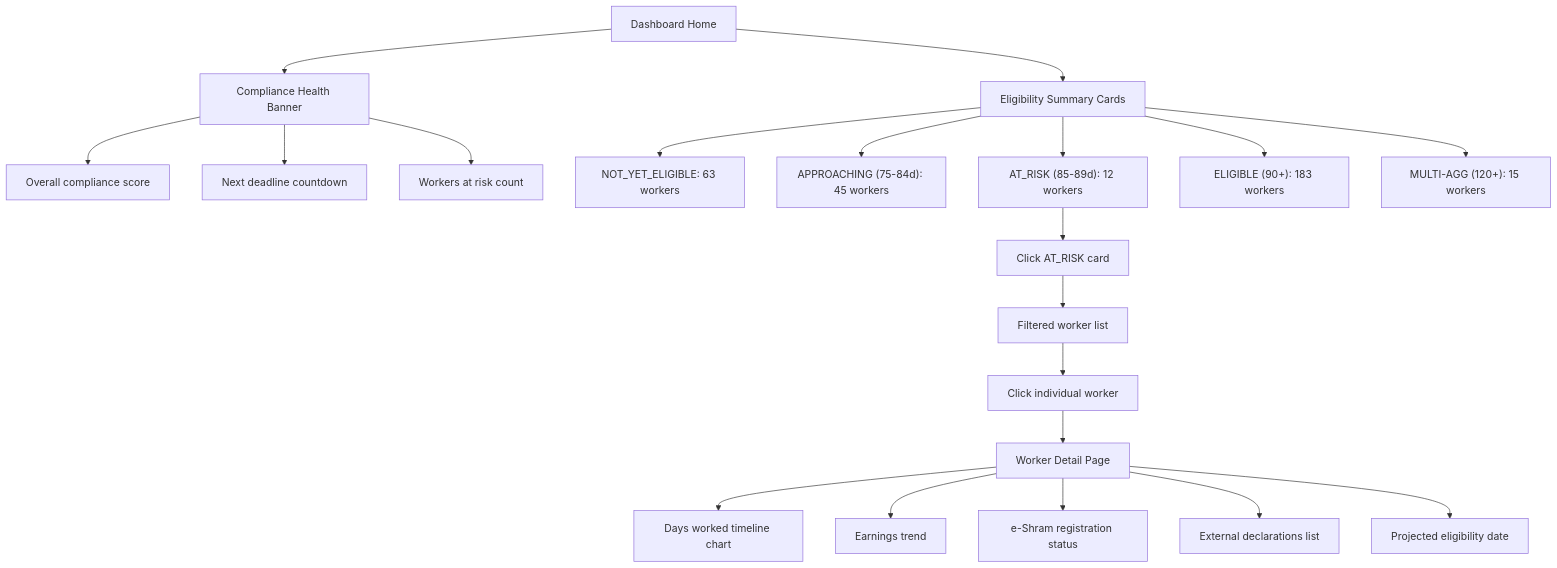
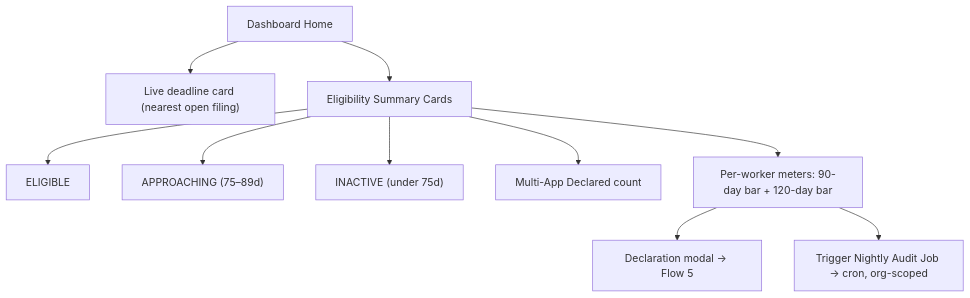
One commit to nonimousmusic/Gig-Worker-Social-Security-Compliance-Platform changed the fourth of 12 diagrams in docs/user_flows.md. Above: the diagram before and after it, drawn with Mermaid. The commit also changed other lines of this file and 89 other files, not shown here.

````diff
--- a/docs/user_flows.md
+++ b/docs/user_flows.md
@@ -169,24 +134,12 @@
 ```mermaid
 flowchart TD
-    A["Dashboard Home"] --> B["Compliance Health Banner"]
-    B --> B1["Overall compliance score"]
-    B --> B2["Next deadline countdown"]
-    B --> B3["Workers at risk count"]
-    
+    A["Dashboard Home"] --> B["Live deadline card (nearest open filing)"]
     A --> C["Eligibility Summary Cards"]
-    C --> C1["NOT_YET_ELIGIBLE: 63 workers"]
-    C --> C2["APPROACHING (75-84d): 45 workers"]
-    C --> C3["AT_RISK (85-89d): 12 workers"]
-    C --> C4["ELIGIBLE (90+): 183 workers"]
-    C --> C5["MULTI-AGG (120+): 15 workers"]
-    
-    C3 --> D["Click AT_RISK card"]
-    D --> E["Filtered worker list"]
-    E --> F["Click individual worker"]
-    F --> G["Worker Detail Page"]
-    G --> G1["Days worked timeline chart"]
-    G --> G2["Earnings trend"]
-    G --> G3["e-Shram registration status"]
-    G --> G4["External declarations list"]
-    G --> G5["Projected eligibility date"]
+    C --> C1["ELIGIBLE"]
+    C --> C2["APPROACHING (75–89d)"]
+    C --> C3["INACTIVE (under 75d)"]
+    C --> C4["Multi-App Declared count"]
+    C --> D["Per-worker meters: 90-day bar + 120-day bar"]
+    D --> E["Declaration modal → Flow 5"]
+    D --> F["Trigger Nightly Audit Job → cron, org-scoped"]
 ```
````
